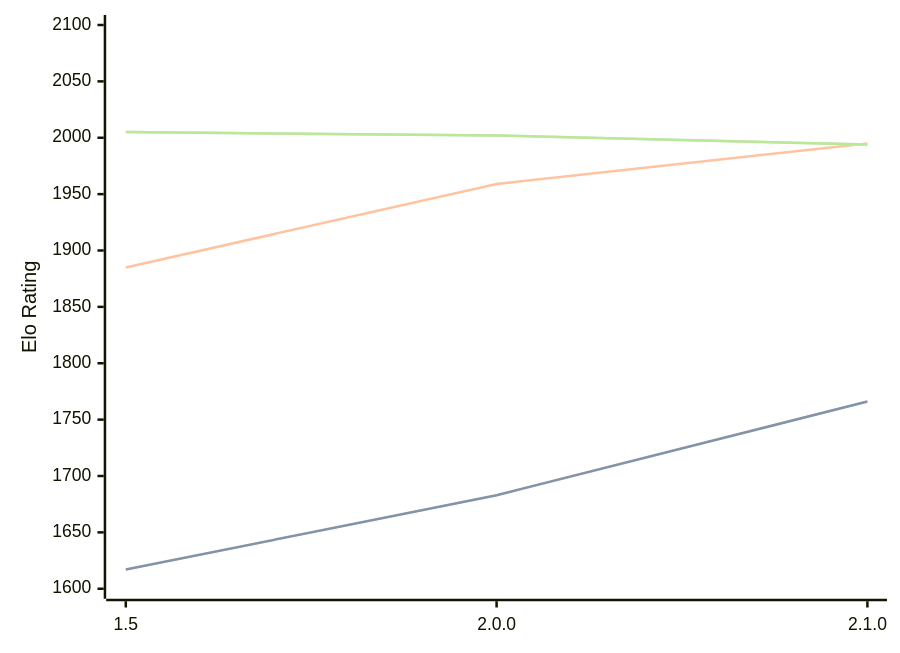
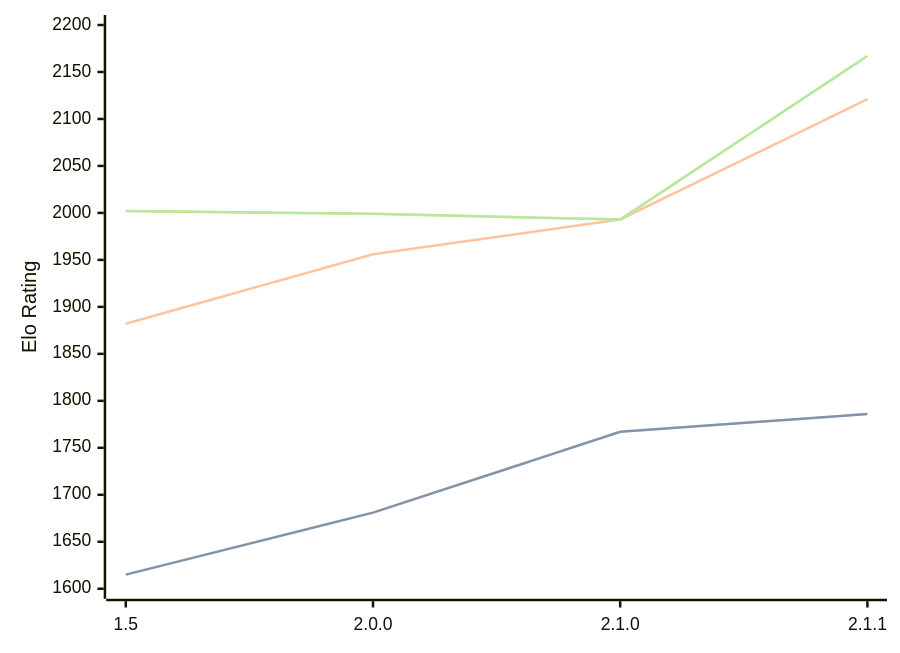
The diagram in engines/Rudim.md (computer-chess-index/cci), drawn with Mermaid before and after one commit. The commit also changed other lines of this file, not shown here.

Commit message:
Update CCI Ratings (ELO VLTC) - 2026-05-18

````diff
--- a/engines/Rudim.md
+++ b/engines/Rudim.md
@@ -40,11 +39,11 @@
 ```mermaid
 %%{init: {"theme":"base","themeVariables":{"seriesColors:['#a3a3a3','#222221','#faa371']}}}%%
 xychart-beta
-  x-axis ["1.5", "2.0.0", "2.1.0"]
-  y-axis "Elo Rating" 1600 --> 2100
-  line "STC (8.0+0.08s)" [1617, 1683, 1766]
-  line "STC (8.0+0.08s)" [1617, 1683, 1766]
-  line "LTC (60.0+0.60s)" [1885, 1959, 1995]
-  line "VLTC (2m24s+1.12s)" [2005, 2002, 1994]
-  line "VLTC (2m24s+1.12s)" [2005, 2002, 1994]
+  x-axis ["1.5", "2.0.0", "2.1.0", "2.1.1"]
+  y-axis "Elo Rating" 1600 --> 2200
+  line "STC (8.0+0.08s)" [1615, 1681, 1767, 1786]
+  line "STC (8.0+0.08s)" [1615, 1681, 1767, 1786]
+  line "LTC (60.0+0.60s)" [1882, 1956, 1993, 2121]
+  line "VLTC (2m24s+1.12s)" [2002, 1999, 1993, 2167]
+  line "VLTC (2m24s+1.12s)" [2002, 1999, 1993, 2167]
 ```
````
